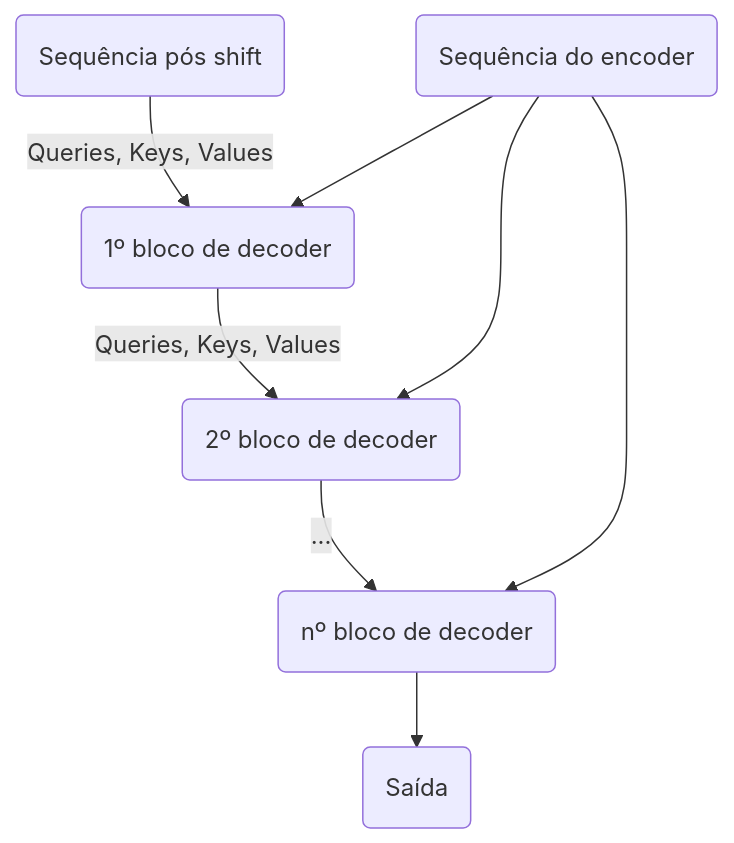
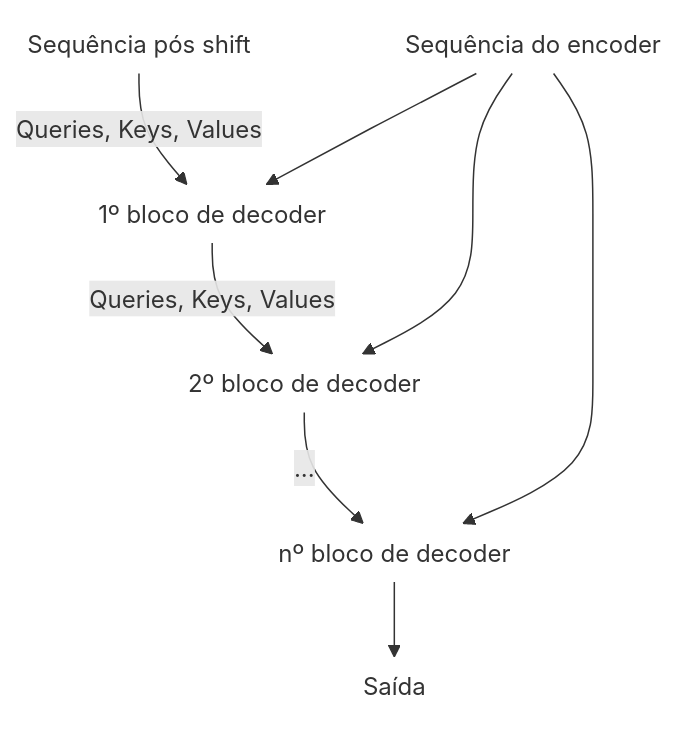
Before and after one commit to eshiraishi/eshiraishi.github.io: the fifth of 7 diagrams in src/content/posts/transformers.md, drawn with Mermaid. The commit also changed other lines of this file and 3 other files, not shown here.

Commit message:
feat: remove borders from diagrams

````diff
--- a/src/content/posts/transformers.md
+++ b/src/content/posts/transformers.md
@@ -1682,20 +1679,20 @@
 ```mermaid
 flowchart
-    input("`Sequência pós shift`")
-    encoderOutput("`Sequência do encoder`")
-    DecoderBlock1(1º bloco de decoder)
-    DecoderBlock2(2º bloco de decoder)
-    DecoderBlockN(nº bloco de decoder)
-    output(Saída)
+    input@{ shape: text, label: "Sequência pós shift" }
+    encoderOutput@{ shape: text, label: "Sequência do encoder" }
+    DecoderBlock1@{ shape: text, label: "1º bloco de decoder" }
+    DecoderBlock2@{ shape: text, label: "2º bloco de decoder" }
+    DecoderBlockN@{ shape: text, label: "nº bloco de decoder" }
+    output@{ shape: text, label: "Saída" }
 
     input -- Queries, Keys, Values --> DecoderBlock1
     encoderOutput --> DecoderBlock1
 
     DecoderBlock1 -- Queries, Keys, Values --> DecoderBlock2
     encoderOutput --> DecoderBlock2
     
     DecoderBlock2 -- ... --> DecoderBlockN
     encoderOutput --> DecoderBlockN
     
     DecoderBlockN --> output
 ```
````
